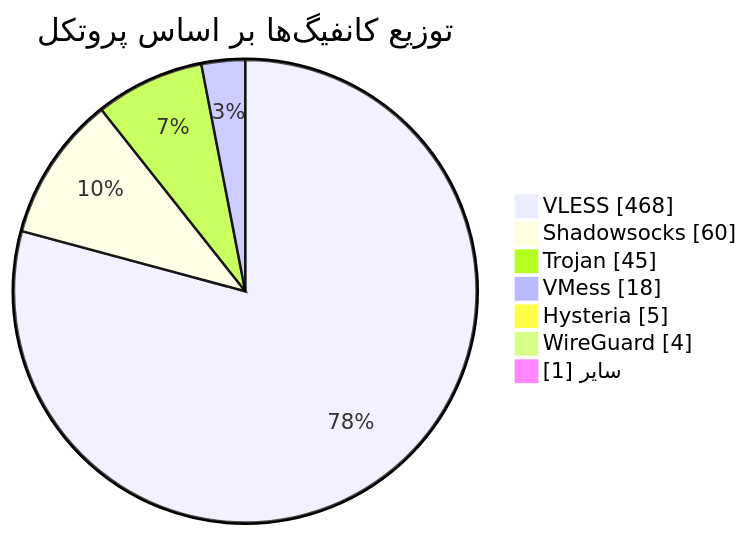
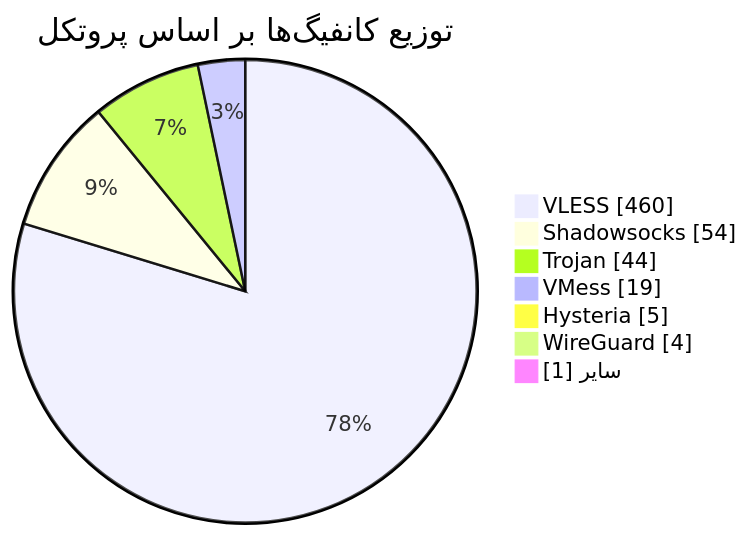
Before and after one commit to Arian-Alijani/Somthing: the diagram in README.md, drawn with Mermaid. The commit also changed other lines of this file and 17 other files, not shown here.

````diff
--- a/README.md
+++ b/README.md
@@ -49,11 +49,11 @@
 ```mermaid
 pie showData
     title توزیع کانفیگ‌ها بر اساس پروتکل
-    "VLESS" : 468
-    "Shadowsocks" : 60
-    "Trojan" : 45
-    "VMess" : 18
+    "VLESS" : 460
+    "Shadowsocks" : 54
+    "Trojan" : 44
+    "VMess" : 19
     "Hysteria" : 5
     "WireGuard" : 4
     "سایر" : 1
 ```
````
